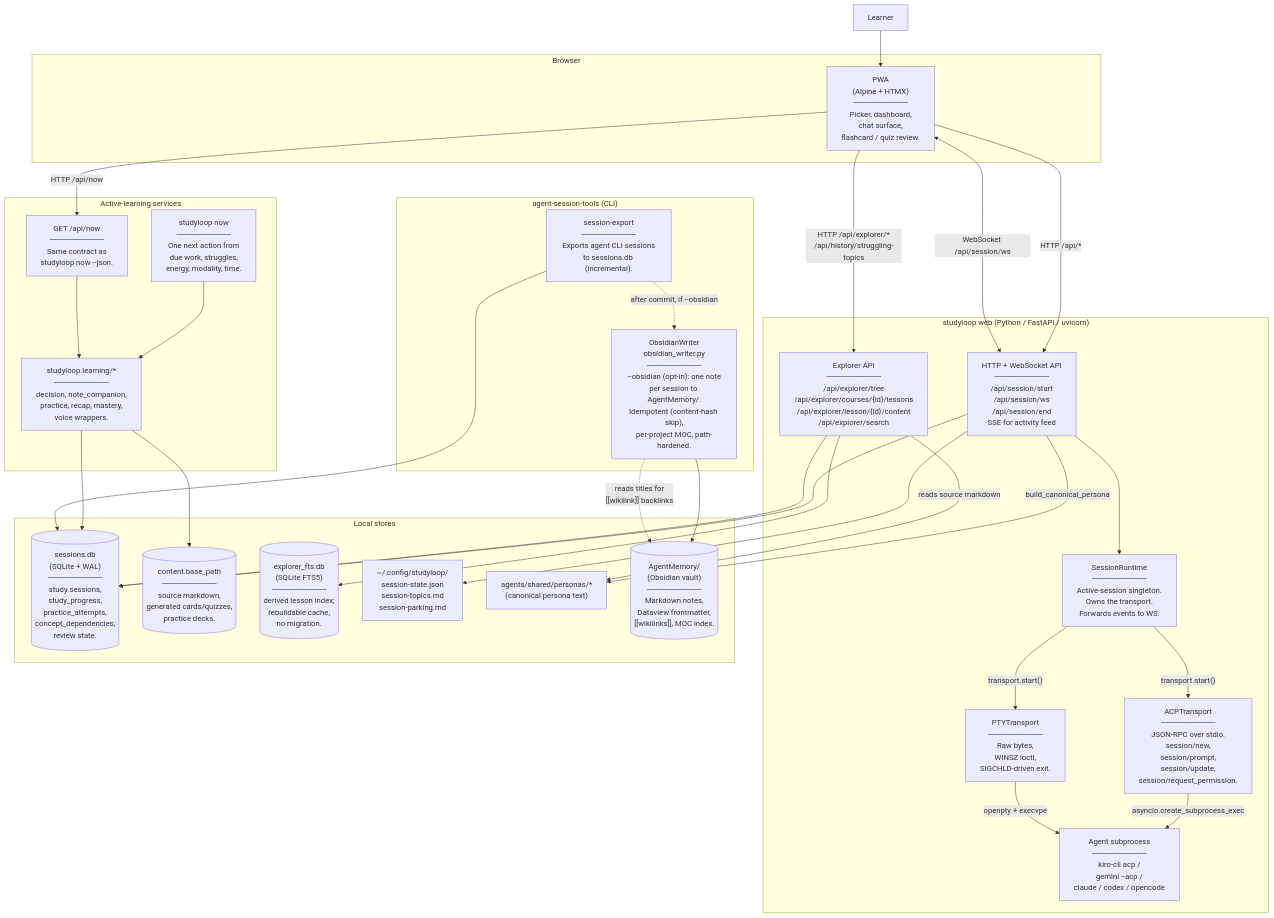
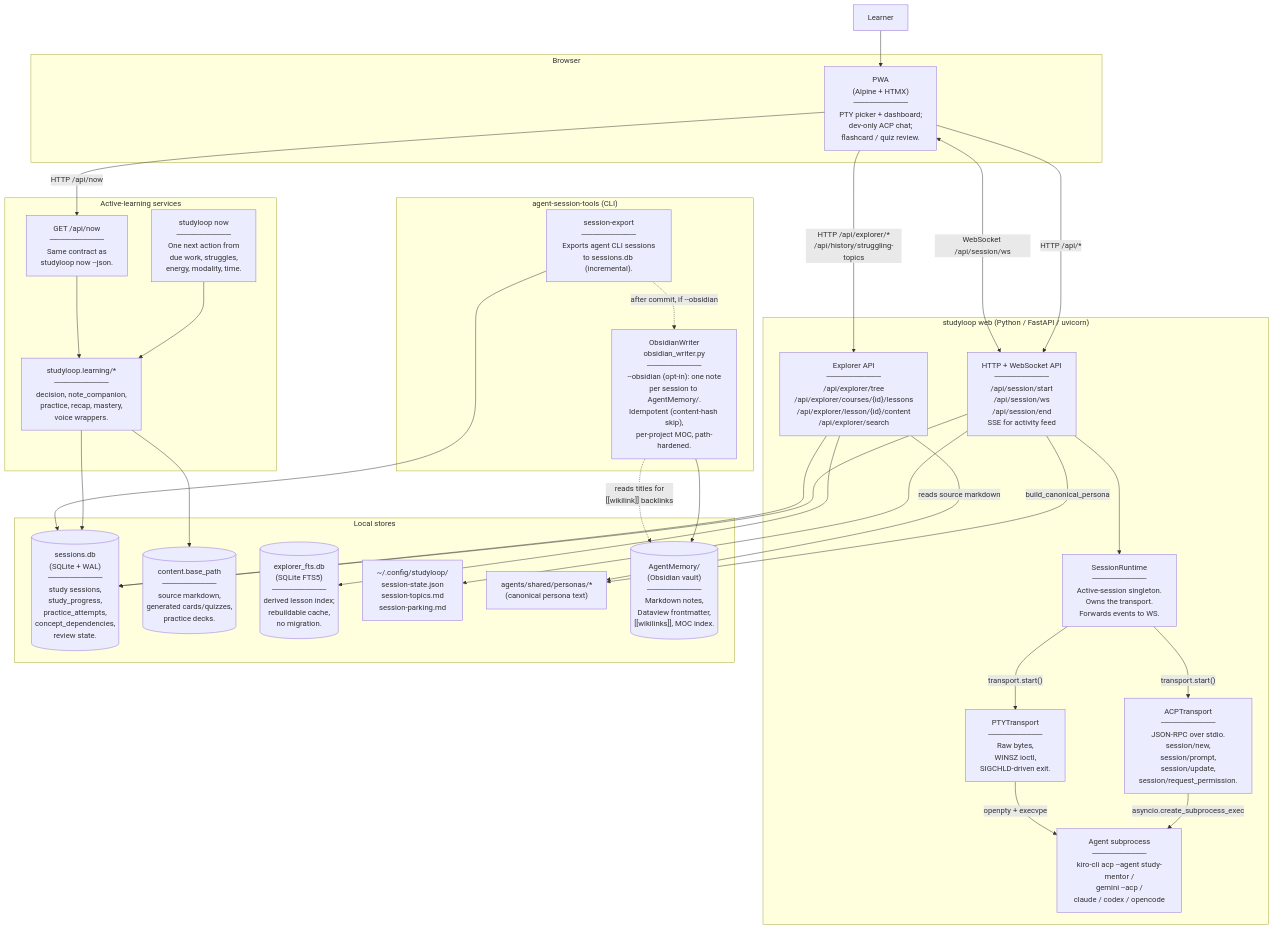
Before and after one commit to NetDevAutomate/StudyLoop: the second of 13 diagrams in docs/architecture/current.md, drawn with Mermaid. The commit also changed other lines of this file and 31 other files, not shown here.

Commit message:
Gate ACP behind dev mode and verify PTY harnesses

````diff
--- a/docs/architecture/current.md
+++ b/docs/architecture/current.md
@@ -83,62 +83,62 @@
 ```mermaid
 flowchart TB
     Learner["Learner"]
 
     subgraph "Browser"
-      PWA["PWA<br/>(Alpine + HTMX)<br/>──────────<br/>Picker, dashboard,<br/>chat surface,<br/>flashcard / quiz review."]
+      PWA["PWA<br/>(Alpine + HTMX)<br/>──────────<br/>PTY picker + dashboard;<br/>dev-only ACP chat;<br/>flashcard / quiz review."]
     end
 
     subgraph "studyloop web (Python / FastAPI / uvicorn)"
       API["HTTP + WebSocket API<br/>──────────<br/>/api/session/start<br/>/api/session/ws<br/>/api/session/end<br/>SSE for activity feed"]
       ExplorerAPI["Explorer API<br/>──────────<br/>/api/explorer/tree<br/>/api/explorer/courses/{id}/lessons<br/>/api/explorer/lesson/{id}/content<br/>/api/explorer/search"]
       Runtime["SessionRuntime<br/>──────────<br/>Active-session singleton.<br/>Owns the transport.<br/>Forwards events to WS."]
       ACP["ACPTransport<br/>──────────<br/>JSON-RPC over stdio.<br/>session/new,<br/>session/prompt,<br/>session/update,<br/>session/request_permission."]
       PTY["PTYTransport<br/>──────────<br/>Raw bytes,<br/>WINSZ ioctl,<br/>SIGCHLD-driven exit."]
-      Agent["Agent subprocess<br/>──────────<br/>kiro-cli acp /<br/>gemini --acp /<br/>claude / codex / opencode"]
+      Agent["Agent subprocess<br/>──────────<br/>kiro-cli acp --agent study-mentor /<br/>gemini --acp /<br/>claude / codex / opencode"]
     end
 
     subgraph "Local stores"
       DB[("sessions.db<br/>(SQLite + WAL)<br/>──────────<br/>study sessions,<br/>study_progress,<br/>practice_attempts,<br/>concept_dependencies,<br/>review state.")]
       ContentBase[("content.base_path<br/>──────────<br/>source markdown,<br/>generated cards/quizzes,<br/>practice decks.")]
       FTS[("explorer_fts.db<br/>(SQLite FTS5)<br/>──────────<br/>derived lesson index;<br/>rebuildable cache,<br/>no migration.")]
       IPC["~/.config/studyloop/<br/>session-state.json<br/>session-topics.md<br/>session-parking.md"]
       Persona["agents/shared/personas/*<br/>(canonical persona text)"]
       AgentMemory[("AgentMemory/<br/>(Obsidian vault)<br/>──────────<br/>Markdown notes,<br/>Dataview frontmatter,<br/>[[wikilinks]], MOC index.")]
     end
 
     subgraph "agent-session-tools (CLI)"
       Export["session-export<br/>──────────<br/>Exports agent CLI sessions<br/>to sessions.db (incremental)."]
       ObsidianWriter["ObsidianWriter<br/>obsidian_writer.py<br/>──────────<br/>--obsidian (opt-in): one note<br/>per session to AgentMemory/.<br/>Idempotent (content-hash skip),<br/>per-project MOC, path-hardened."]
     end
 
     subgraph "Active-learning services"
       NowCLI["studyloop now<br/>──────────<br/>One next action from<br/>due work, struggles,<br/>energy, modality, time."]
       LearningServices["studyloop.learning/*<br/>──────────<br/>decision, note_companion,<br/>practice, recap, mastery,<br/>voice wrappers."]
       NowAPI["GET /api/now<br/>──────────<br/>Same contract as<br/>studyloop now --json."]
     end
 
     Learner --> PWA
     PWA -->|"HTTP /api/*"| API
     PWA -->|"HTTP /api/now"| NowAPI
     PWA <-->|"WebSocket /api/session/ws"| API
     PWA -->|"HTTP /api/explorer/*<br/>/api/history/struggling-topics"| ExplorerAPI
     API --> Runtime
     Runtime -->|"transport.start()"| ACP
     Runtime -->|"transport.start()"| PTY
     ACP -->|"asyncio.create_subprocess_exec"| Agent
     PTY -->|"openpty + execvpe"| Agent
     API --> DB
     API --> IPC
     API -->|"build_canonical_persona"| Persona
     ExplorerAPI -->|"reads source markdown"| Persona
     ExplorerAPI --> FTS
     ExplorerAPI --> DB
     NowCLI --> LearningServices
     NowAPI --> LearningServices
     LearningServices --> DB
     LearningServices --> ContentBase
     Export --> DB
     Export -.->|"after commit, if --obsidian"| ObsidianWriter
     ObsidianWriter --> AgentMemory
     ObsidianWriter -.->|"reads titles for<br/>[[wikilink]] backlinks"| AgentMemory
 ```
````
